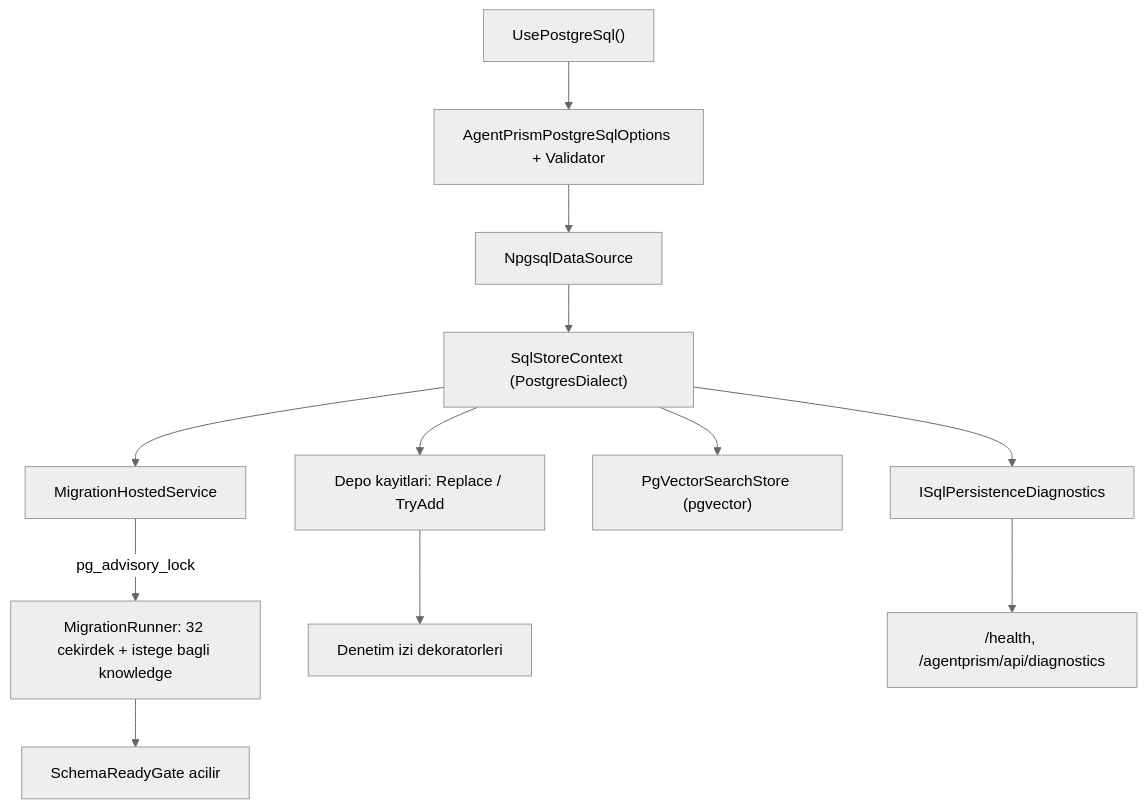
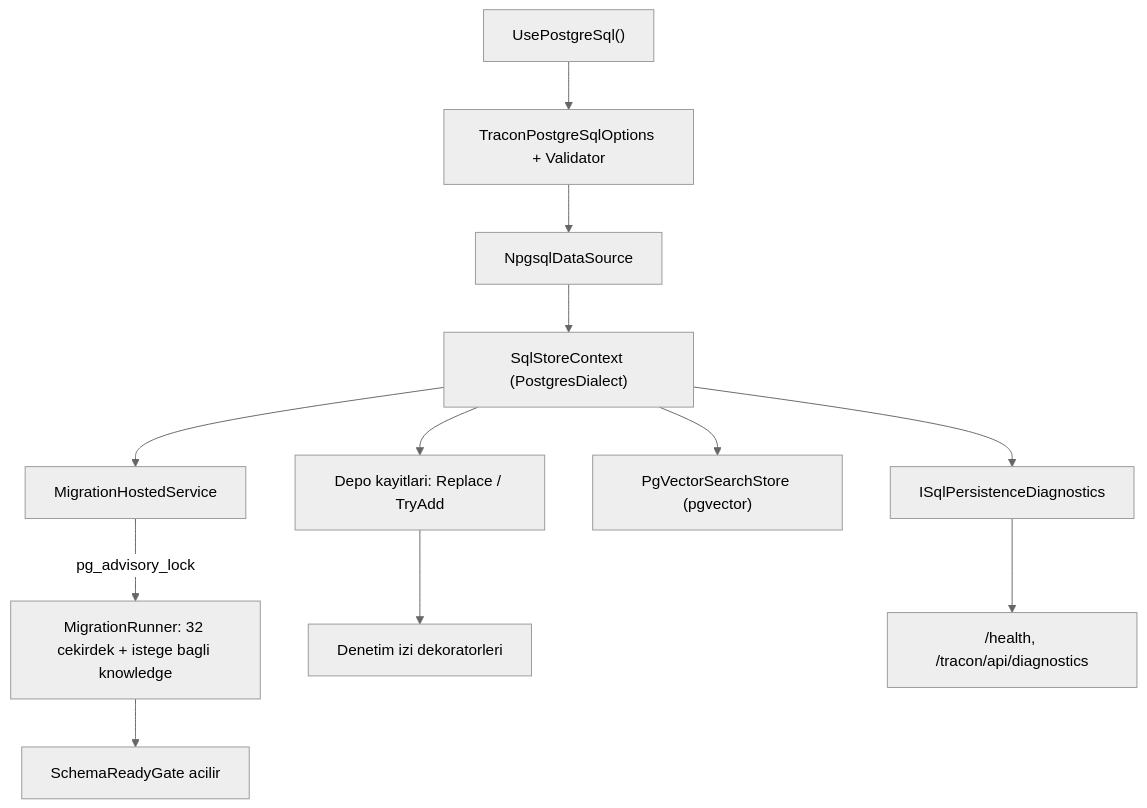
The diagram in docs/manuel-test/03-KALICILIK-POSTGRESQL.md (farukatasoy/Tracon), drawn with Mermaid (neutral theme) before and after one commit. The commit also changed other lines of this file and 4535 other files, not shown here.

````diff
--- a/docs/manuel-test/03-KALICILIK-POSTGRESQL.md
+++ b/docs/manuel-test/03-KALICILIK-POSTGRESQL.md
@@ -33,14 +33,14 @@
 ```mermaid
 flowchart TD
-    A["UsePostgreSql()"] --> B["AgentPrismPostgreSqlOptions + Validator"]
+    A["UsePostgreSql()"] --> B["TraconPostgreSqlOptions + Validator"]
     B --> C["NpgsqlDataSource"]
     C --> D["SqlStoreContext (PostgresDialect)"]
     D --> E["MigrationHostedService"]
     E -->|"pg_advisory_lock"| F["MigrationRunner: 32 cekirdek + istege bagli knowledge"]
     F --> G["SchemaReadyGate acilir"]
     D --> H["Depo kayitlari: Replace / TryAdd"]
     H --> I["Denetim izi dekoratorleri"]
     D --> J["PgVectorSearchStore (pgvector)"]
     D --> K["ISqlPersistenceDiagnostics"]
-    K --> L["/health, /agentprism/api/diagnostics"]
+    K --> L["/health, /tracon/api/diagnostics"]
 ```
````
